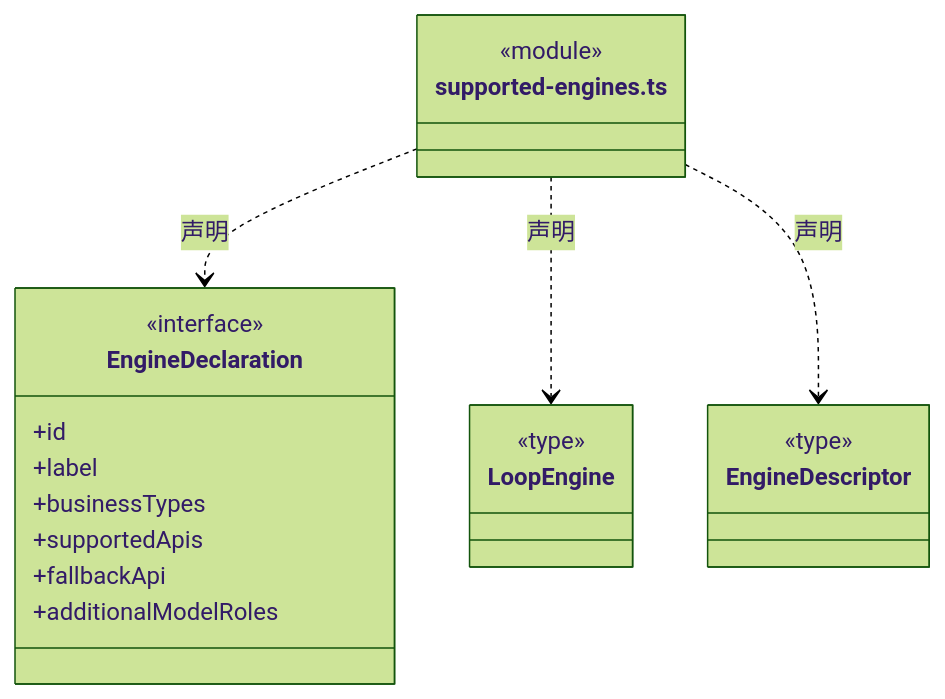
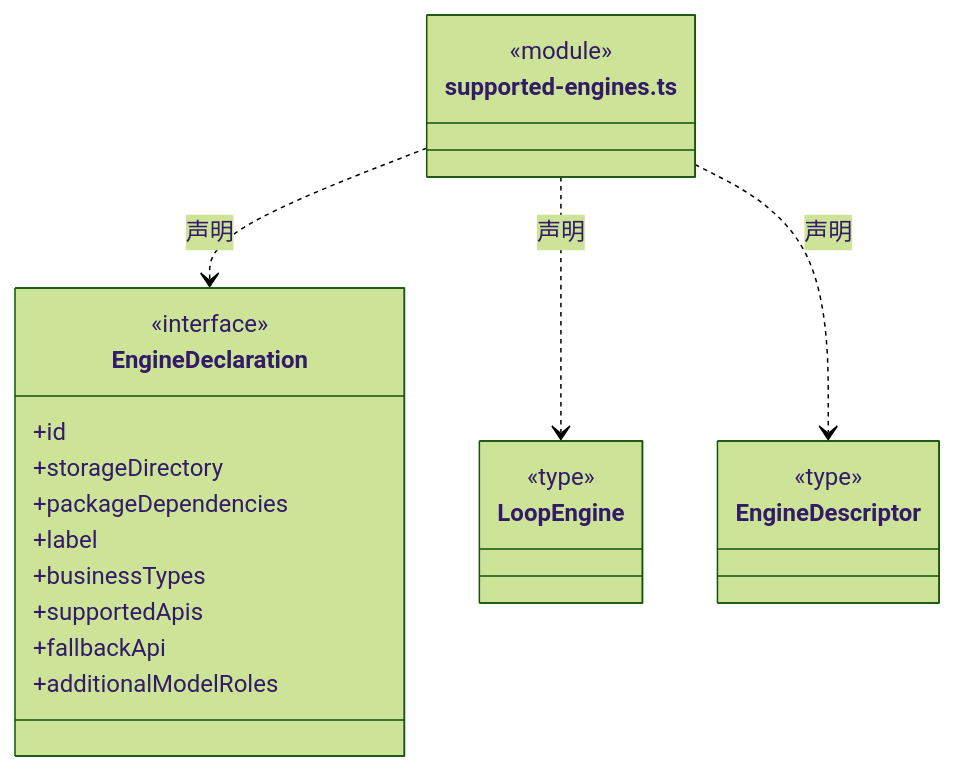
One commit to nan023062/cbim changed the diagram in src/logic/engines/catalog/ARCHITECTURE.md. Above: the diagram before and after it, drawn with Mermaid (forest theme). The commit also changed other lines of this file and 52 other files, not shown here.

````diff
--- a/src/logic/engines/catalog/ARCHITECTURE.md
+++ b/src/logic/engines/catalog/ARCHITECTURE.md
@@ -19,26 +19,28 @@
 ```mermaid
 classDiagram
 class N_src_logic_engines_catalog_supported_engines_ts["supported-engines.ts"] {
   <<module>>
 }
 class N_src_logic_engines_catalog_supported_engines_ts_EngineDeclaration["EngineDeclaration"] {
   <<interface>>
   +id
+  +storageDirectory
+  +packageDependencies
   +label
   +businessTypes
   +supportedApis
   +fallbackApi
   +additionalModelRoles
 }
 N_src_logic_engines_catalog_supported_engines_ts ..> N_src_logic_engines_catalog_supported_engines_ts_EngineDeclaration : 声明
 class N_src_logic_engines_catalog_supported_engines_ts_LoopEngine["LoopEngine"] {
   <<type>>
 
 }
 N_src_logic_engines_catalog_supported_engines_ts ..> N_src_logic_engines_catalog_supported_engines_ts_LoopEngine : 声明
 class N_src_logic_engines_catalog_supported_engines_ts_EngineDescriptor["EngineDescriptor"] {
   <<type>>
 
 }
 N_src_logic_engines_catalog_supported_engines_ts ..> N_src_logic_engines_catalog_supported_engines_ts_EngineDescriptor : 声明
 ```
````
